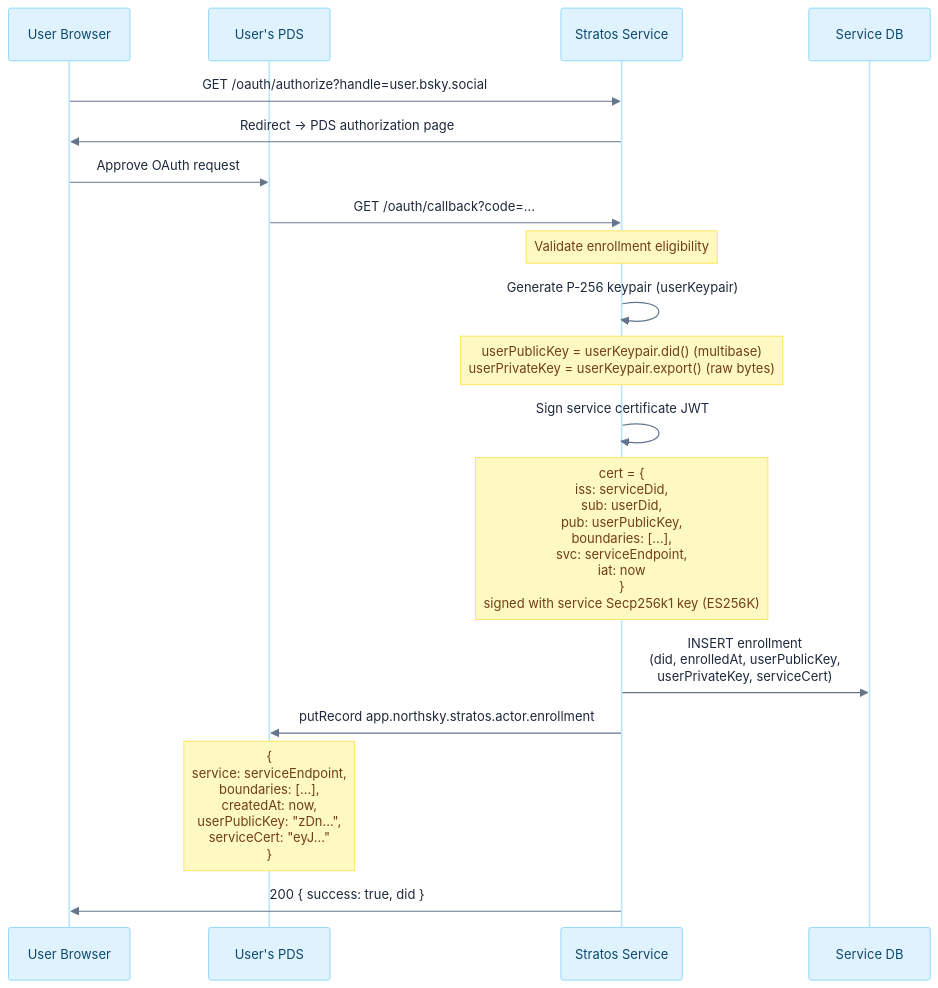
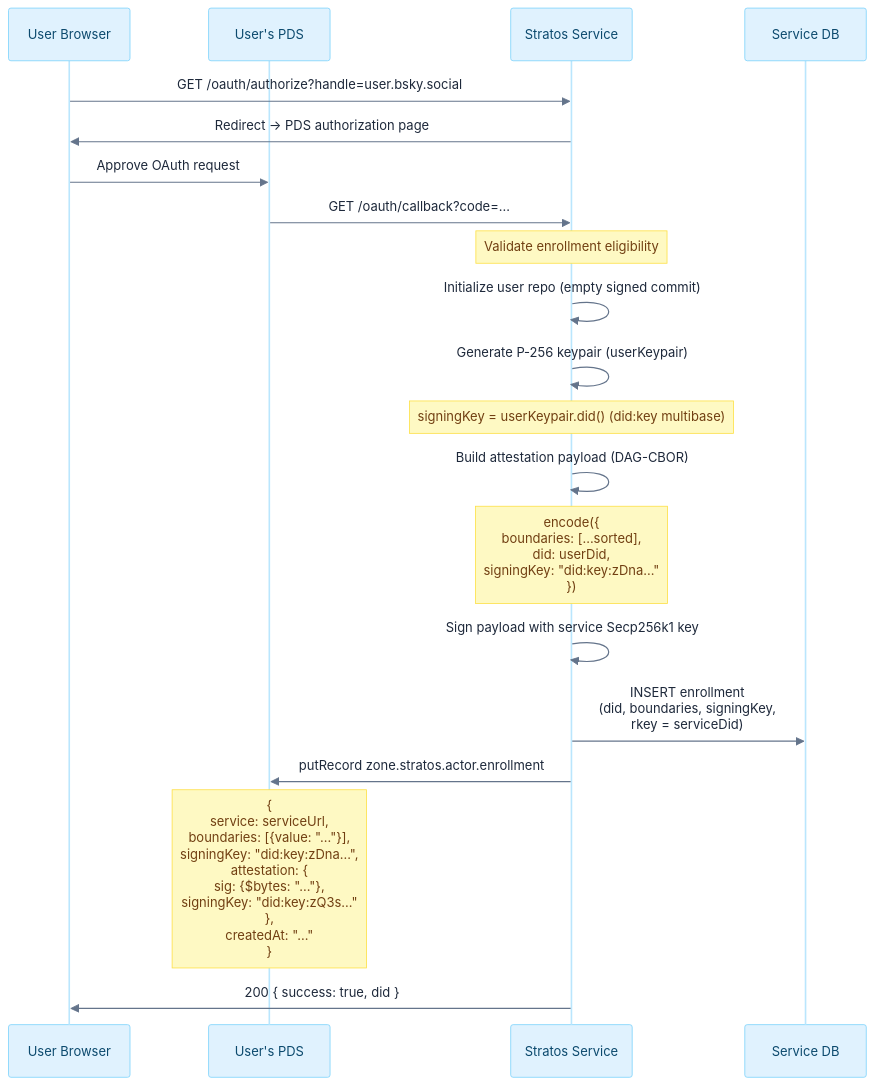
One commit to NorthskySocial/stratos changed the first of 4 diagrams in docs/enrollment-signing.md. Above: the diagram before and after it, drawn with Mermaid. The commit also changed other lines of this file, not shown here.

Commit message:
Update enrollment

````diff
--- a/docs/enrollment-signing.md
+++ b/docs/enrollment-signing.md
@@ -5,41 +58,39 @@
 ```mermaid
 %%{init: {'theme': 'base', 'themeVariables': {
   'actorBkg': '#e0f2fe',
   'actorBorder': '#7dd3fc',
   'actorTextColor': '#0c4a6e',
   'actorLineColor': '#bae6fd',
   'noteBkgColor': '#fef9c3',
   'noteBorderColor': '#fde047',
   'noteTextColor': '#713f12',
   'activationBkgColor': '#ede9fe',
   'activationBorderColor': '#c4b5fd',
   'signalColor': '#64748b',
   'signalTextColor': '#1e293b',
   'sequenceNumberColor': '#ffffff'
 }}}%%
 sequenceDiagram
     participant U as User Browser
     participant PDS as User's PDS
     participant S as Stratos Service
     participant DB as Service DB
 
     U->>S: GET /oauth/authorize?handle=user.bsky.social
     S->>U: Redirect → PDS authorization page
     U->>PDS: Approve OAuth request
     PDS->>S: GET /oauth/callback?code=...
 
     note over S: Validate enrollment eligibility
 
+    S->>S: Initialize user repo (empty signed commit)
     S->>S: Generate P-256 keypair (userKeypair)
-    note over S: userPublicKey = userKeypair.did() (multibase)<br/>userPrivateKey = userKeypair.export() (raw bytes)
-
-    S->>S: Sign service certificate JWT
-    note over S: cert = {<br/>  iss: serviceDid,<br/>  sub: userDid,<br/>  pub: userPublicKey,<br/>  boundaries: [...],<br/>  svc: serviceEndpoint,<br/>  iat: now<br/>}<br/>signed with service Secp256k1 key (ES256K)
-
-    S->>DB: INSERT enrollment<br/>(did, enrolledAt, userPublicKey,<br/> userPrivateKey, serviceCert)
-
-    S->>PDS: putRecord app.northsky.stratos.actor.enrollment
-    note over PDS: {<br/>  service: serviceEndpoint,<br/>  boundaries: [...],<br/>  createdAt: now,<br/>  userPublicKey: "zDn...",<br/>  serviceCert: "eyJ..."<br/>}
-
+    note over S: signingKey = userKeypair.did() (did:key multibase)
+    S->>S: Build attestation payload (DAG-CBOR)
+    note over S: encode({<br/>  boundaries: [...sorted],<br/>  did: userDid,<br/>  signingKey: "did:key:zDna..."<br/>})
+    S->>S: Sign payload with service Secp256k1 key
+    S->>DB: INSERT enrollment<br/>(did, boundaries, signingKey,<br/> rkey = serviceDid)
+    S->>PDS: putRecord zone.stratos.actor.enrollment#serviceDid
+    note over PDS: {<br/>  service: serviceUrl,<br/>  boundaries: [{value: "..."}],<br/>  signingKey: "did:key:zDna...",<br/>  attestation: {<br/>    sig: {$bytes: "..."},<br/>    signingKey: "did:key:zQ3s..."<br/>  },<br/>  createdAt: "..."<br/>}
     S->>U: 200 { success: true, did }
 ```
````
